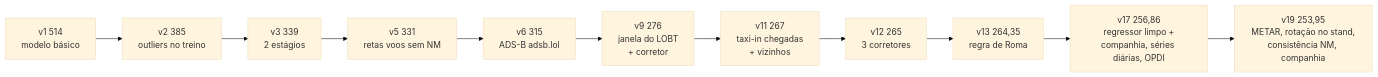
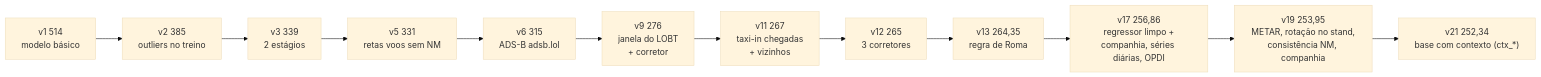
Before and after one commit to EnioAguiar/prc-taxiout-2026: the first of 3 diagrams in docs/mapa.md, drawn with Mermaid (base theme). The commit also changed other lines of this file and 6 other files, not shown here.

````diff
--- a/docs/mapa.md
+++ b/docs/mapa.md
@@ -44,13 +44,14 @@
 ```mermaid
 flowchart LR
     A["v1 514<br/>modelo básico"] --> B["v2 385<br/>outliers no treino"]
     B --> C["v3 339<br/>2 estágios"]
     C --> D["v5 331<br/>retas voos sem NM"]
     D --> E["v6 315<br/>ADS-B adsb.lol"]
     E --> F["v9 276<br/>janela do LOBT<br/>+ corretor"]
     F --> G["v11 267<br/>taxi-in chegadas<br/>+ vizinhos"]
     G --> H["v12 265<br/>3 corretores"]
     H --> I["v13 264,35<br/>regra de Roma"]
     I --> J2["v17 256,86<br/>regressor limpo +<br/>companhia, séries diárias, OPDI"]
     J2 --> K["v19 253,95<br/>METAR, rotação no stand,<br/>consistência NM, companhia"]
+    K --> L["v21 252,34<br/>base com contexto (ctx_*)"]
 ```
````
